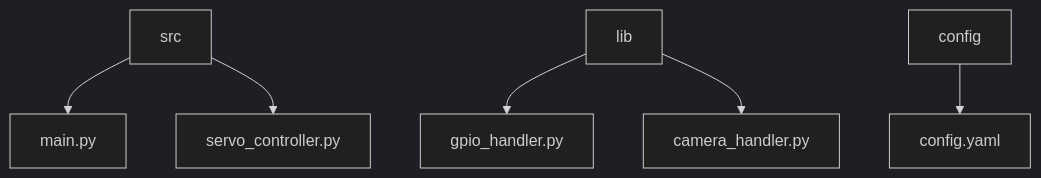
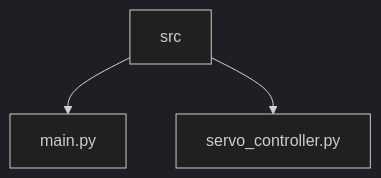
One commit to zofiadrozdowska0/Doggy_monitor changed the third of 3 diagrams in docs/docs/camera/arch.md. Above: the diagram before and after it, drawn with Mermaid (dark theme). The commit also changed other lines of this file and 1 other file, not shown here.

````diff
--- a/docs/docs/camera/arch.md
+++ b/docs/docs/camera/arch.md
@@ -55,8 +97,5 @@
 ```mermaid
 graph TD
     src --> main.py
     src --> servo_controller.py
-    lib --> gpio_handler.py
-    lib --> camera_handler.py
-    config --> config.yaml
 ```
````
